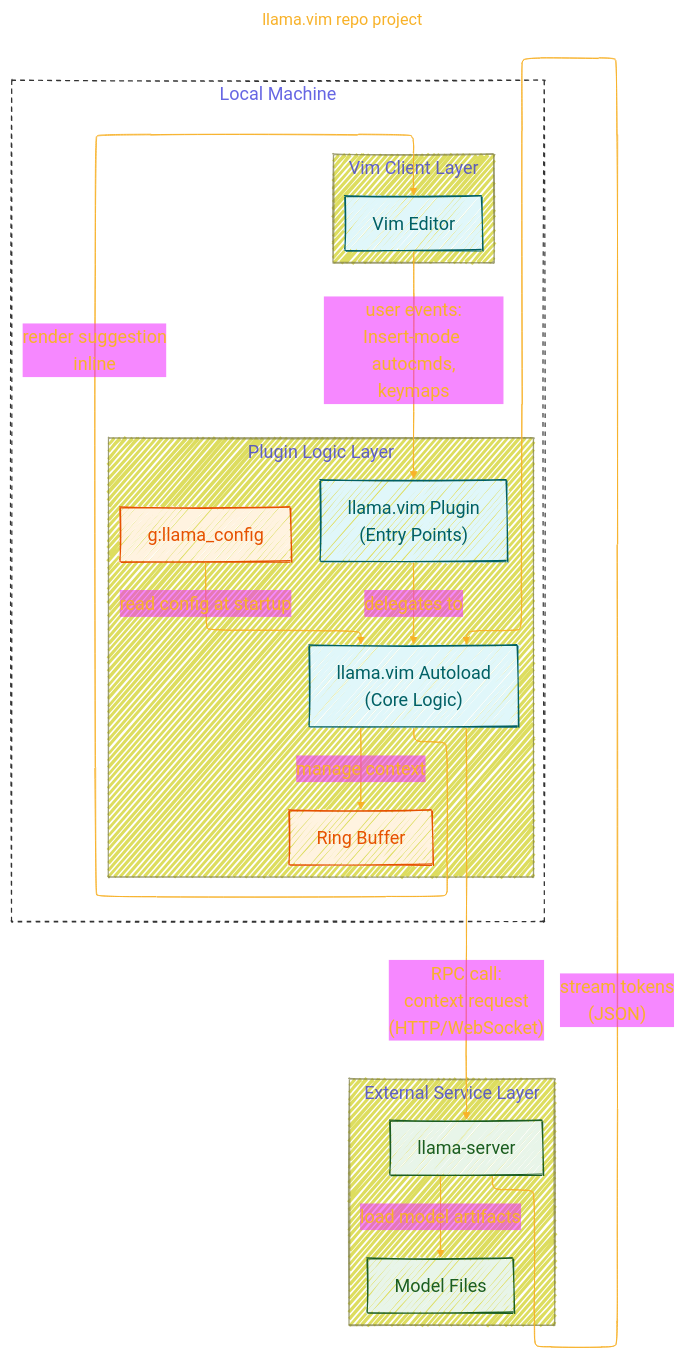
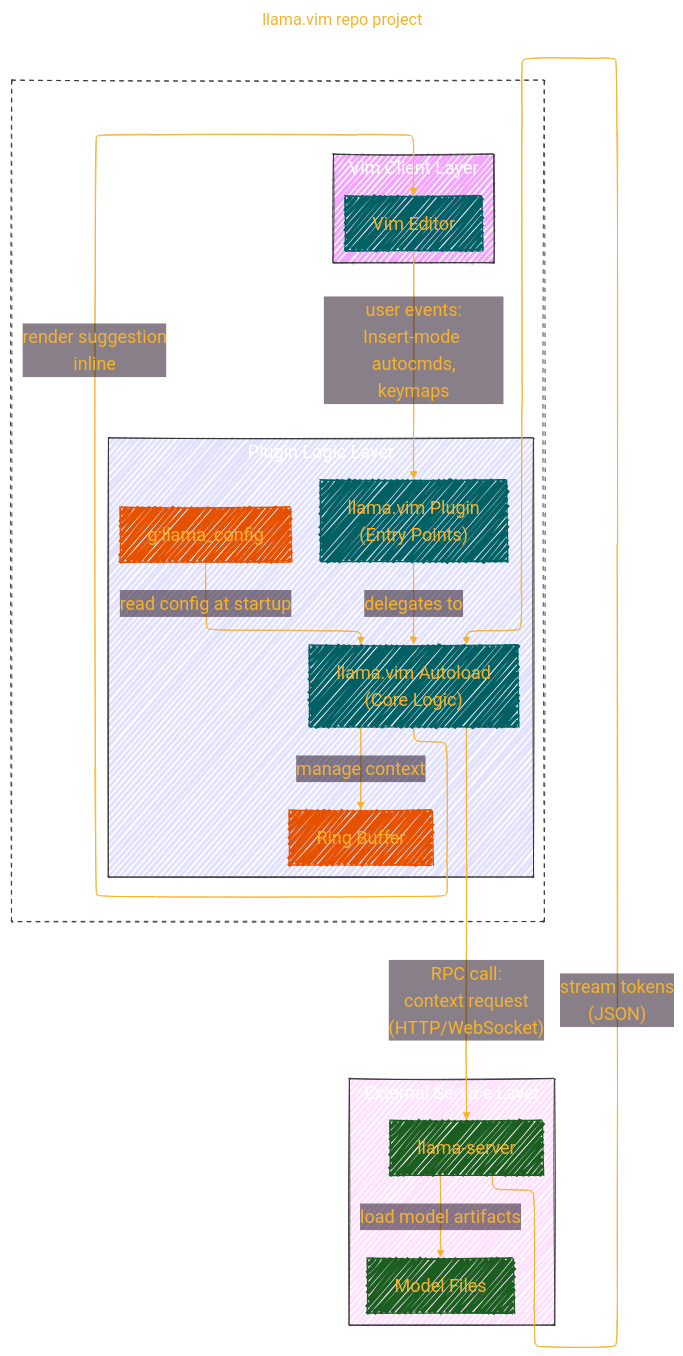
The first of 2 diagrams in GGML_ORG/GitHub_repo_projects/llama.vim.md (CongLeSolutionX/Synthetic-Zooniverse), drawn with Mermaid before and after one commit.

Commit message:
update notes

````diff
--- a/GGML_ORG/GitHub_repo_projects/llama.vim.md
+++ b/GGML_ORG/GitHub_repo_projects/llama.vim.md
@@ -46,71 +46,75 @@
 ```mermaid
 ---
 title: "llama.vim repo project"
 author: "Cong Le"
 version: "1.0"
 license(s): "MIT, CC BY-SA 4.0"
 copyright: "Copyright (c) 2025 Cong Le. All Rights Reserved."
 config:
   layout: elk
   theme: base
   look: handDrawn
 ---
 %%%%%%%% Mermaid version v11.4.1-b.14
 %%%%%%%% Available curve styles include the following keywords:
 %% basis, bumpX, bumpY, cardinal, catmullRom, linear, monotoneX, monotoneY, natural, step, stepAfter, stepBefore.
 %%{
   init: {
     'flowchart': { 'htmlLabels': true, 'curve': 'basis' },
     'fontFamily': 'American Typewriter, monospace',
     'logLevel': 'fatal',
     'themeVariables': {
       'primaryColor': '#22BB',
       'primaryTextColor': '#F8B229',
       'lineColor': '#F8B229',
       'primaryBorderColor': '#27AE60',
-      'secondaryColor': '#E2F1',
+      'secondaryColor': '#2121',
       'secondaryTextColor': '#6C3483',
       'secondaryBorderColor': '#A569BD',
       'fontSize': '20px'
     }
   }
 }%%
 flowchart TD
     subgraph LocalMachine["Local Machine"]
-        subgraph "Vim Client Layer"
+    style LocalMachine fill:#F2F2,stroke:#333,stroke-width:1px, color: #FFFF
+        subgraph Vim_Client_Layer["Vim Client Layer"]
+        style Vim_Client_Layer fill:#E7FA,stroke:#333,stroke-width:1px, color: #FFFF
             VimEditor["Vim Editor"]:::client
         end
-        subgraph "Plugin Logic Layer"
-            Autoload["llama.vim Autoload\n(Core Logic)"]:::client
-            PluginEntry["llama.vim Plugin\n(Entry Points)"]:::client
+        subgraph Plugin_Logic_Layer["Plugin Logic Layer"]
+        style Plugin_Logic_Layer fill:#22F2,stroke:#333,stroke-width:1px, color: #FFFF
+            Autoload["llama.vim Autoload<br/>(Core Logic)"]:::client
+            PluginEntry["llama.vim Plugin<br/>(Entry Points)"]:::client
             RingBuffer["Ring Buffer"]:::store
             Config["g:llama_config"]:::store
         end
     end
 
-    subgraph "External Service Layer"
+    subgraph External_Service_Layer["External Service Layer"]
+    style External_Service_Layer fill:#F2F2,stroke:#333,stroke-width:1px, color: #FFFF
         Server["llama-server"]:::external
         ModelFiles["Model Files"]:::external
     end
 
-    VimEditor -->|"user events:\nInsert-mode autocmds,\nkeymaps"| PluginEntry
+    VimEditor -->|"user events:<br/>Insert-mode autocmds,<br/>keymaps"| PluginEntry
     PluginEntry -->|"delegates to"| Autoload
     Autoload -->|"manage context"| RingBuffer
     Config -->|"read config at startup"| Autoload
-    Autoload -->|"RPC call:\ncontext request\n(HTTP/WebSocket)"| Server
-    Server -->|"stream tokens\n(JSON)"| Autoload
-    Autoload -->|"render suggestion\ninline"| VimEditor
+    Autoload -->|"RPC call:<br/>context request<br/>(HTTP/WebSocket)"| Server
+    Server -->|"stream tokens<br/>(JSON)"| Autoload
+    Autoload -->|"render suggestion<br/>inline"| VimEditor
     Server -->|"load model artifacts"| ModelFiles
 
     click Autoload "https://github.com/ggml-org/llama.vim/blob/master/autoload/llama.vim"
     click PluginEntry "https://github.com/ggml-org/llama.vim/blob/master/plugin/llama.vim"
     click DocText "https://github.com/ggml-org/llama.vim/blob/master/doc/llama.txt"
     click Tags "https://github.com/ggml-org/llama.vim/tree/master/doc/tags"
     click MetadataReadme "https://github.com/ggml-org/llama.vim/blob/master/README.md"
     click MetadataLicense "https://github.com/ggml-org/llama.vim/tree/master/LICENSE"
 
-    classDef client fill:#E0F7FA,stroke:#006064,color:#006064
-    classDef external fill:#E8F5E9,stroke:#1B5E20,color:#1B5E20
-    classDef store fill:#FFF3E0,stroke:#E65100,color:#E65100
+    classDef client fill:#006064,stroke:#006064,color:#F8B229
+    classDef external fill:#1B5E20,stroke:#1B5E20,color:#F8B229
+    classDef store fill:#E65100,stroke:#E65100,color:#F8B229
     style LocalMachine stroke:#333,stroke-dasharray:5 5,fill:none
 ```
````
